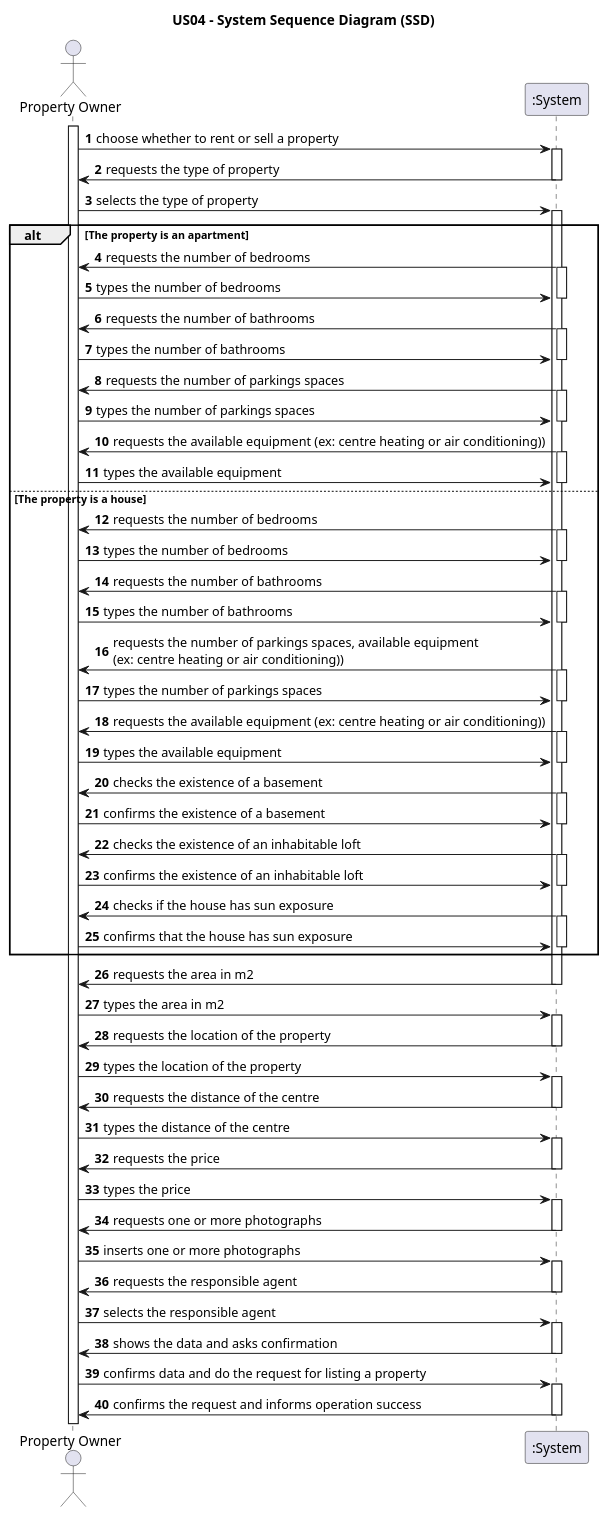
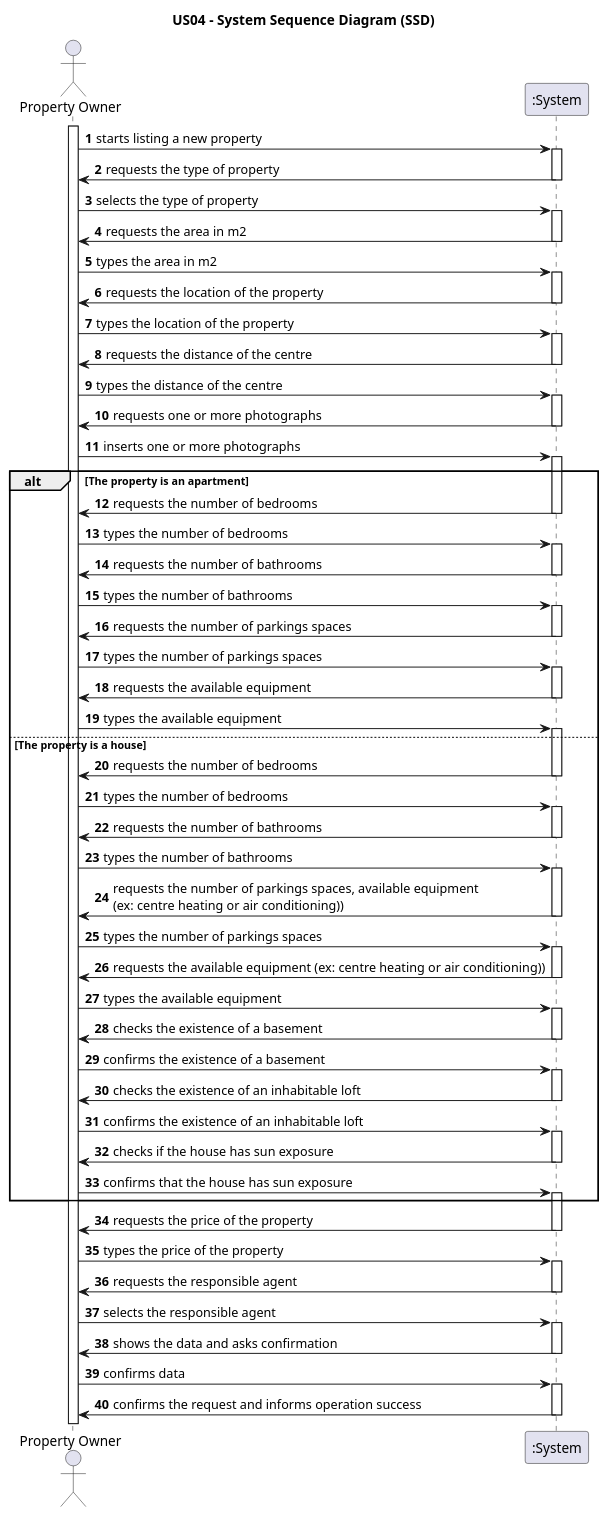
Before and after one commit to tiagohcorreia/LAPR2: the diagram in docs/sprintB/US004/01.requirements-engineering/puml/SSD_04.puml, drawn with PlantUML.

Commit message:
US04- SSD update

```diff
--- a/docs/sprintB/US004/01.requirements-engineering/puml/SSD_04.puml
+++ b/docs/sprintB/US004/01.requirements-engineering/puml/SSD_04.puml
@@ -1,99 +1,98 @@
 @startuml
 title US04 - System Sequence Diagram (SSD)
 
 autonumber
 
 actor "Property Owner" as Owner
 participant ":System" as System
 
 activate Owner
 
-    Owner -> System : choose whether to rent or sell a property
+    Owner -> System : starts listing a new property
     activate System
-
         System -> Owner : requests the type of property
     deactivate System
         Owner -> System: selects the type of property
     activate System
-        alt The property is an apartment
-            System -> Owner: requests the number of bedrooms
-            activate System
-                Owner-> System: types the number of bedrooms
-            deactivate System
-                System -> Owner: requests the number of bathrooms
-            activate System
-                Owner-> System: types the number of bathrooms
-            deactivate System
-            System -> Owner: requests the number of parkings spaces
-            activate System
-                Owner-> System: types the number of parkings spaces
-            deactivate System
-                System -> Owner: requests the available equipment (ex: centre heating or air conditioning))
-            activate System
-                Owner-> System: types the available equipment
-            deactivate System
-        else The property is a house
-                System -> Owner: requests the number of bedrooms
-            activate System
-                Owner-> System: types the number of bedrooms
-            deactivate System
-                System -> Owner: requests the number of bathrooms
-            activate System
-                Owner-> System: types the number of bathrooms
-            deactivate System
-                System -> Owner: requests the number of parkings spaces, available equipment \n(ex: centre heating or air conditioning))
-            activate System
-                Owner-> System: types the number of parkings spaces
-            deactivate System
-                System -> Owner: requests the available equipment (ex: centre heating or air conditioning))
-            activate System
-                Owner-> System: types the available equipment
-            deactivate System
-                System -> Owner: checks the existence of a basement
-            activate System
-                Owner-> System: confirms the existence of a basement
-            deactivate System
-                System -> Owner: checks the existence of an inhabitable loft
-            activate System
-                Owner-> System: confirms the existence of an inhabitable loft
-            deactivate System
-                System -> Owner: checks if the house has sun exposure
-            activate System
-                Owner-> System: confirms that the house has sun exposure
-            deactivate System
-
-        end
-        System-> Owner:requests the area in m2
+    System-> Owner:requests the area in m2
     deactivate System
         Owner->System: types the area in m2
     activate System
         System-> Owner: requests the location of the property
     deactivate System
         Owner-> System: types the location of the property
     activate System
         System-> Owner: requests the distance of the centre
     deactivate System
         Owner-> System: types the distance of the centre
     activate System
-        System-> Owner: requests the price
-    deactivate System
-        Owner -> System: types the price
-    activate System
         System-> Owner: requests one or more photographs
     deactivate System
         Owner-> System: inserts one or more photographs
+    activate System
+        alt The property is an apartment
+                System -> Owner: requests the number of bedrooms
+            deactivate System
+                Owner-> System: types the number of bedrooms
+            activate System
+                System -> Owner: requests the number of bathrooms
+            deactivate System
+                Owner-> System: types the number of bathrooms
+            activate System
+            System -> Owner: requests the number of parkings spaces
+            deactivate System
+                Owner-> System: types the number of parkings spaces
+            activate System
+                System -> Owner: requests the available equipment
+            deactivate System
+                Owner-> System: types the available equipment
+            activate System
+        else The property is a house
+                System -> Owner: requests the number of bedrooms
+            deactivate System
+                Owner-> System: types the number of bedrooms
+            activate System
+                System -> Owner: requests the number of bathrooms
+            deactivate System
+                Owner-> System: types the number of bathrooms
+            activate System
+                System -> Owner: requests the number of parkings spaces, available equipment \n(ex: centre heating or air conditioning))
+            deactivate System
+                Owner-> System: types the number of parkings spaces
+            activate System
+                System -> Owner: requests the available equipment (ex: centre heating or air conditioning))
+            deactivate System
+                Owner-> System: types the available equipment
+            activate System
+                System -> Owner: checks the existence of a basement
+            deactivate System
+                Owner-> System: confirms the existence of a basement
+            activate System
+                System -> Owner: checks the existence of an inhabitable loft
+            deactivate System
+                Owner-> System: confirms the existence of an inhabitable loft
+            activate System
+                System -> Owner: checks if the house has sun exposure
+            deactivate System
+                Owner-> System: confirms that the house has sun exposure
+            activate System
+
+        end
+        System -> Owner: requests the price of the property
+    deactivate System
+        Owner-> System: types the price of the property
     activate System
         System-> Owner: requests the responsible agent
     deactivate System
         Owner -> System: selects the responsible agent
     activate System
         System-> Owner: shows the data and asks confirmation
     deactivate System
-        Owner->System: confirms data and do the request for listing a property
+        Owner->System: confirms data
     activate System
         System -> Owner: confirms the request and informs operation success
     deactivate System
 
 
 
 @enduml
```
